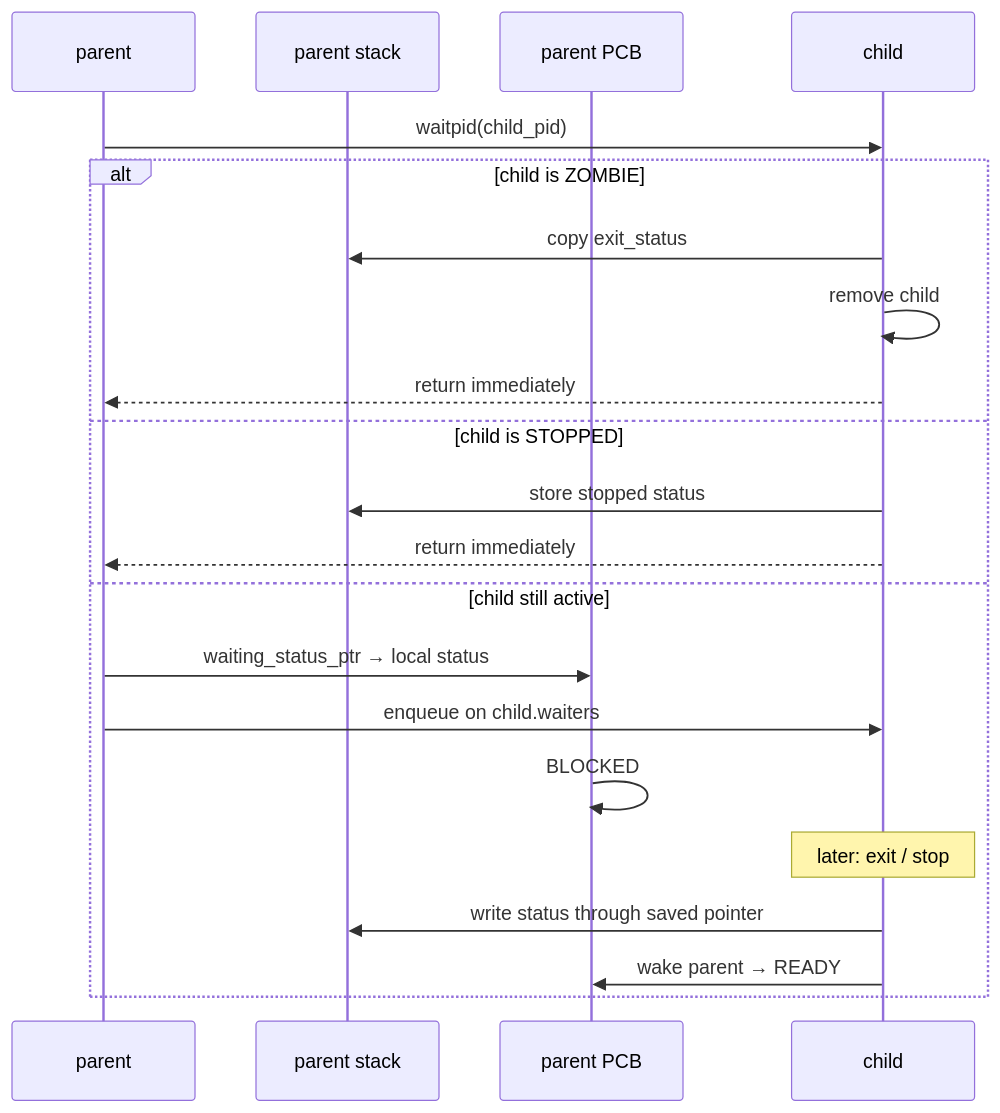
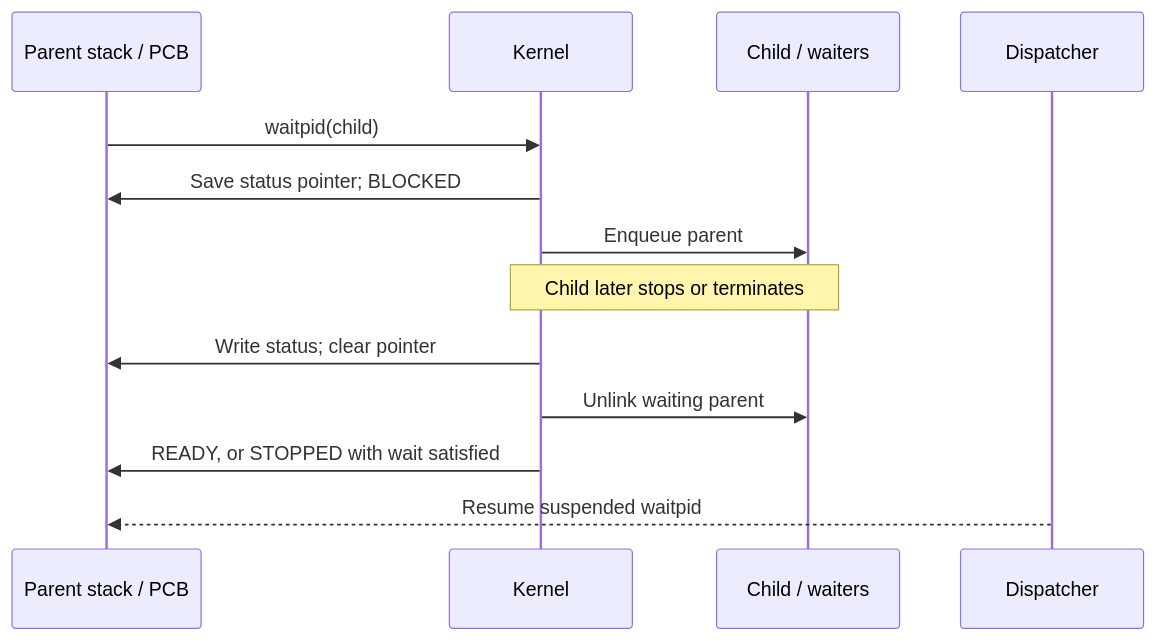
Diagram 16 of 32 in slides.md (matthejue/Pico-OS_Presentation), drawn with Mermaid before and after one commit. The commit also changed other lines of this file and 10 other files, not shown here.

Commit message:
updated the PicoOS presentation to follow the refreshed README structure and content Added visual zoom support, Mermaid rendering, presentation validation, and source review documentation Refreshed presentation styling, metadata, source snapshots, and contributor instructions

````diff
--- a/slides.md
+++ b/slides.md
@@ -1111,23 +2031,15 @@
-```mermaid {scale:0.72}
+```mermaid
 sequenceDiagram
-    participant P as parent
-    participant PS as parent stack
-    participant PCB as parent PCB
-    participant C as child
-    P->>C: waitpid(child_pid)
-    alt child is ZOMBIE
-      C->>PS: copy exit_status
-      C->>C: remove child
-      C-->>P: return immediately
-    else child is STOPPED
-      C->>PS: store stopped status
-      C-->>P: return immediately
-    else child still active
-      P->>PCB: waiting_status_ptr → local status
-      P->>C: enqueue on child.waiters
-      PCB->>PCB: BLOCKED
-      Note over C: later: exit / stop
-      C->>PS: write status through saved pointer
-      C->>PCB: wake parent → READY
-    end
+ participant P as Parent stack / PCB
+ participant K as Kernel
+ participant C as Child / waiters
+ participant D as Dispatcher
+ P->>K: waitpid(child)
+ K->>P: Save status pointer#59; BLOCKED
+ K->>C: Enqueue parent
+ Note over K,C: Child later stops or terminates
+ K->>P: Write status#59; clear pointer
+ K->>C: Unlink waiting parent
+ K->>P: READY, or STOPPED with wait satisfied
+ D-->>P: Resume suspended waitpid
 ```
````
